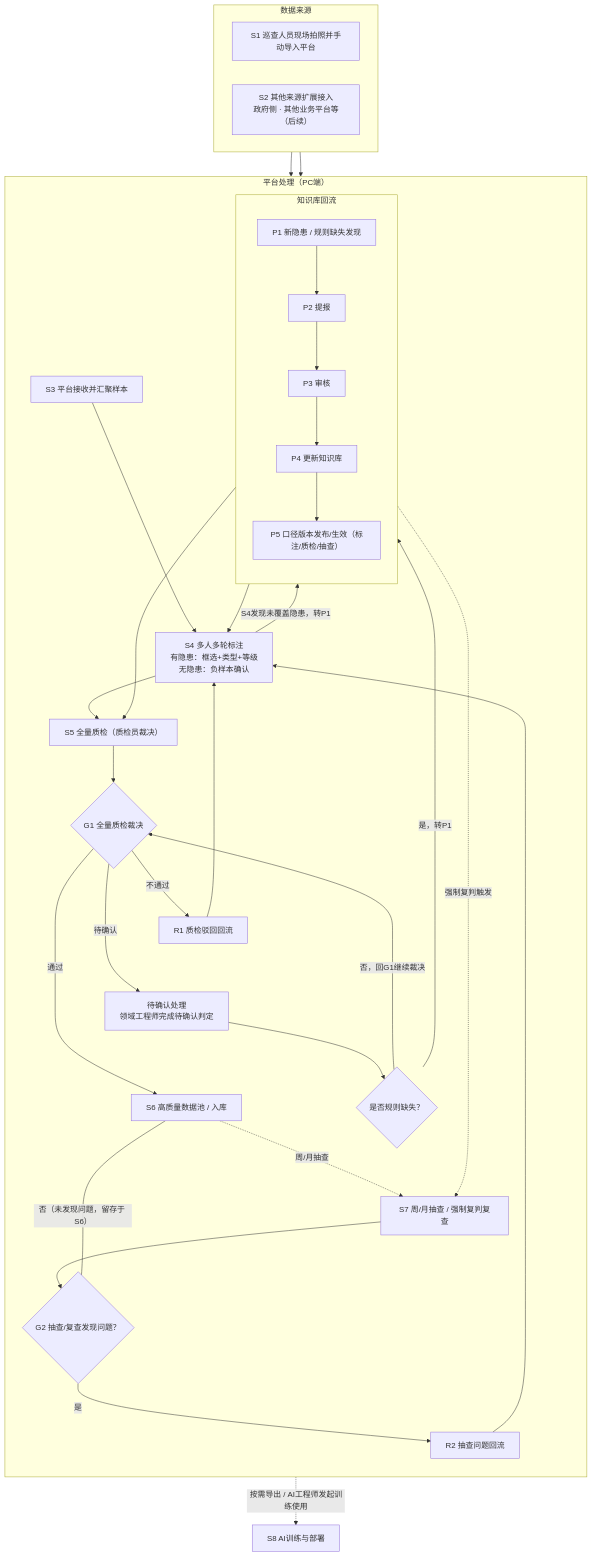
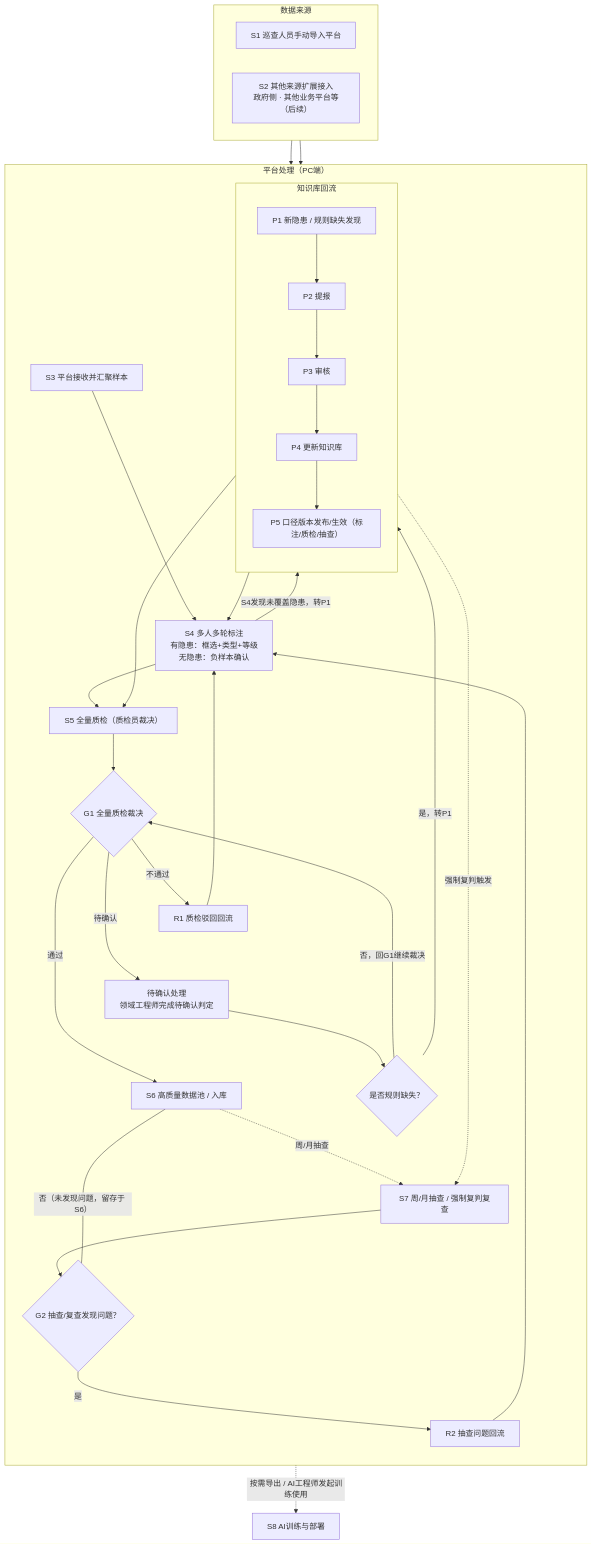
Before and after one commit to zhudan930612/Data-governance: the diagram in 数据治理平台-Mermaid.mmd, drawn with Mermaid. The commit also changed 4 other files, not shown here.

```diff
--- a/数据治理平台-Mermaid.mmd
+++ b/数据治理平台-Mermaid.mmd
@@ -1,65 +1,65 @@
 %%{init: {'theme':'mc'}}%%
 flowchart TD
     subgraph SRC ["数据来源"]
         direction LR
-        A1["S1 巡查人员现场拍照并手动导入平台"]
+        A1["S1 巡查人员手动导入平台"]
         A2["S2 其他来源扩展接入<br/>政府侧 · 其他业务平台等（后续）"]
     end
 
     subgraph PLT ["平台处理（PC端）"]
         direction TB
         B["S3 平台接收并汇聚样本"]
         E["S4 多人多轮标注<br/>有隐患：框选+类型+等级<br/>无隐患：负样本确认"]
         G["S5 全量质检（质检员裁决）"]
         G1{"G1 全量质检裁决"}
         H["S6 高质量数据池 / 入库"]
         S7["S7 周/月抽查 / 强制复判复查"]
         G2{"G2 抽查/复查发现问题？"}
 
         R1["R1 质检驳回回流"]
         Q["待确认处理<br/>领域工程师完成待确认判定"]
         Q1{"是否规则缺失？"}
         R2["R2 抽查问题回流"]
 
         B --> E
         E --> G
         G --> G1
         G1 -->|"通过"| H
         H -.->|"周/月抽查"| S7
         S7 --> G2
         G2 ---|"否（未发现问题，留存于 S6）"| H
 
         subgraph LOOP ["知识库回流"]
             direction TB
             U["P1 新隐患 / 规则缺失发现"]
             U --> V["P2 提报"]
             V --> W["P3 审核"]
             W --> X["P4 更新知识库"]
             X --> Y["P5 口径版本发布/生效（标注/质检/抽查）"]
         end
 
         G1 -->|"不通过"| R1
         G1 -->|"待确认"| Q
         R1 --> E
         Q --> Q1
         Q1 -->|"是，转P1"| U
         Q1 -->|"否，回G1继续裁决"| G1
         G2 -->|"是"| R2
         R2 --> E
 
         E -->|"S4发现未覆盖隐患，转P1"| U
         Y --> E
         Y --> G
         Y -.->|"强制复判触发"| S7
 
         R1 ~~~ Q
         Q ~~~ H
         U ~~~ H
         R2 ~~~ S7
     end
 
     A1 --> B
     A2 --> B
 
 
     H -.->|"按需导出 / AI工程师发起训练使用"| M["S8 AI训练与部署"]
```
